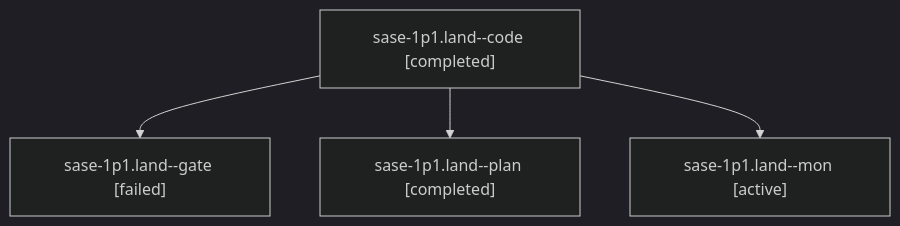
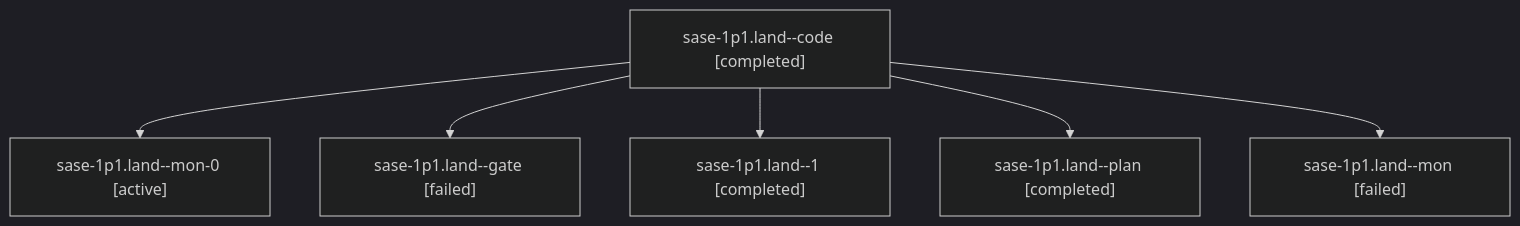
One commit to sase-org/sase--agents changed the diagram in sessions/bbugyi200.athena.sase-1p1.land.md. Above: the diagram before and after it, drawn with Mermaid (dark theme). The commit also changed other lines of this file and 100 other files, not shown here.

````diff
--- a/sessions/bbugyi200.athena.sase-1p1.land.md
+++ b/sessions/bbugyi200.athena.sase-1p1.land.md
@@ -9,10 +9,14 @@
 ```mermaid
 flowchart TD
   n0["sase-1p1.land--code [completed]"]
-  n1["sase-1p1.land--gate [failed]"]
+  n1["sase-1p1.land--mon-0 [active]"]
   n0 --> n1
-  n2["sase-1p1.land--plan [completed]"]
+  n2["sase-1p1.land--gate [failed]"]
   n0 --> n2
-  n3["sase-1p1.land--mon [active]"]
+  n3["sase-1p1.land--1 [completed]"]
   n0 --> n3
+  n4["sase-1p1.land--plan [completed]"]
+  n0 --> n4
+  n5["sase-1p1.land--mon [failed]"]
+  n0 --> n5
 ```
````
